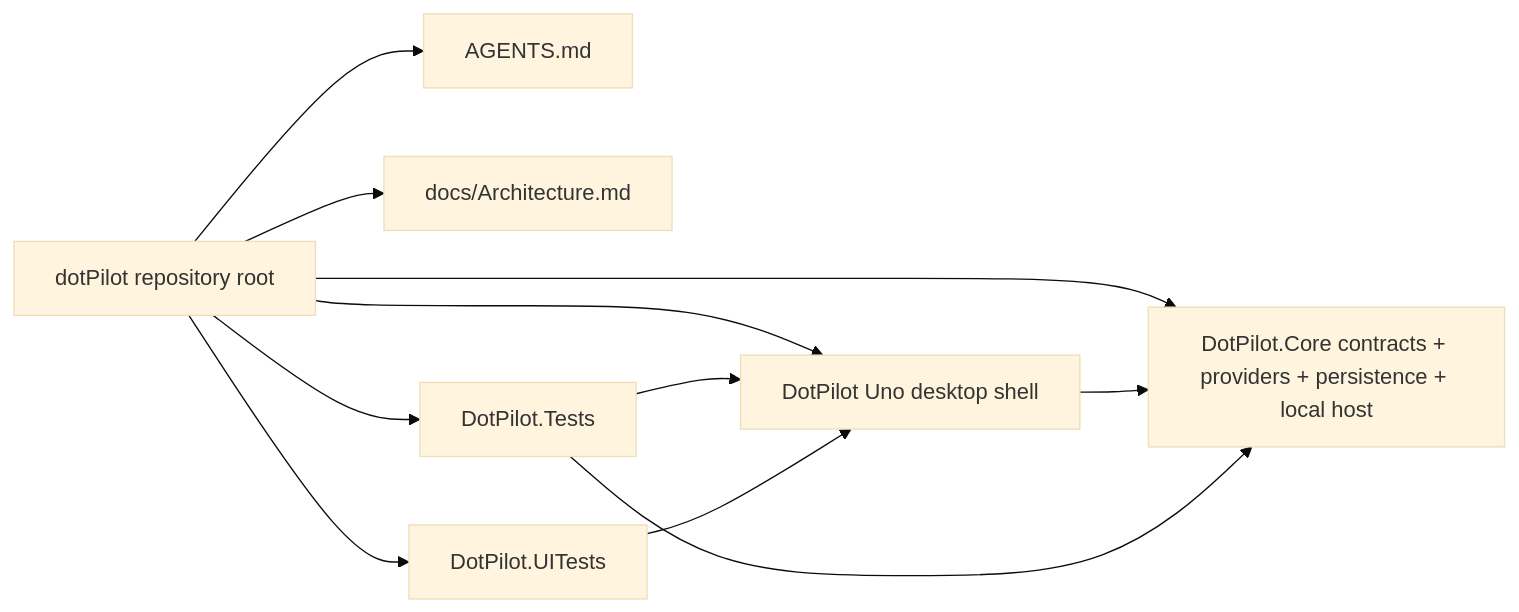
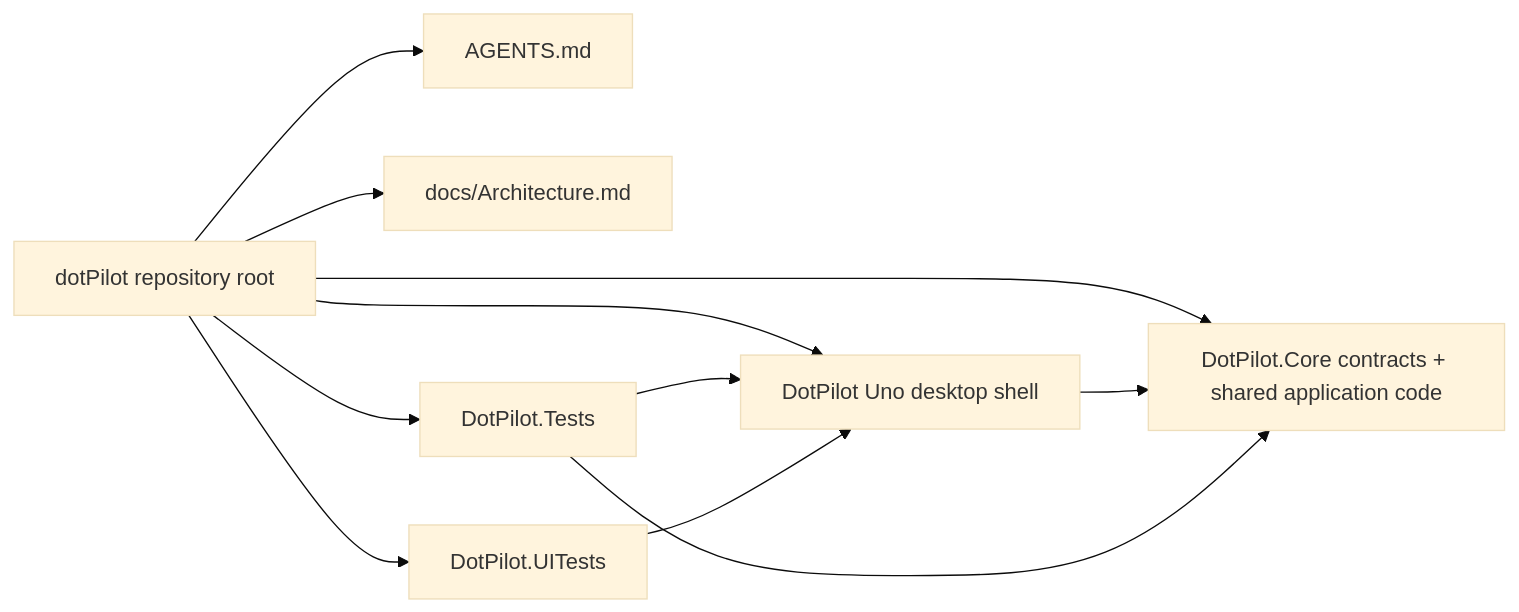
Before and after one commit to managedcode/dotPilot: the first of 4 diagrams in docs/Architecture.md, drawn with Mermaid (base theme). The commit also changed other lines of this file and 61 other files, not shown here.

````diff
--- a/docs/Architecture.md
+++ b/docs/Architecture.md
@@ -24,21 +26,21 @@
 ```mermaid
 flowchart LR
   Root["dotPilot repository root"]
   Governance["AGENTS.md"]
   Architecture["docs/Architecture.md"]
   Ui["DotPilot Uno desktop shell"]
-  Core["DotPilot.Core contracts + providers + persistence + local host"]
+  Core["DotPilot.Core contracts + shared application code"]
   Unit["DotPilot.Tests"]
   UiTests["DotPilot.UITests"]
 
   Root --> Governance
   Root --> Architecture
   Root --> Ui
   Root --> Core
   Root --> Unit
   Root --> UiTests
   Ui --> Core
   Unit --> Ui
   Unit --> Core
   UiTests --> Ui
 ```
````
